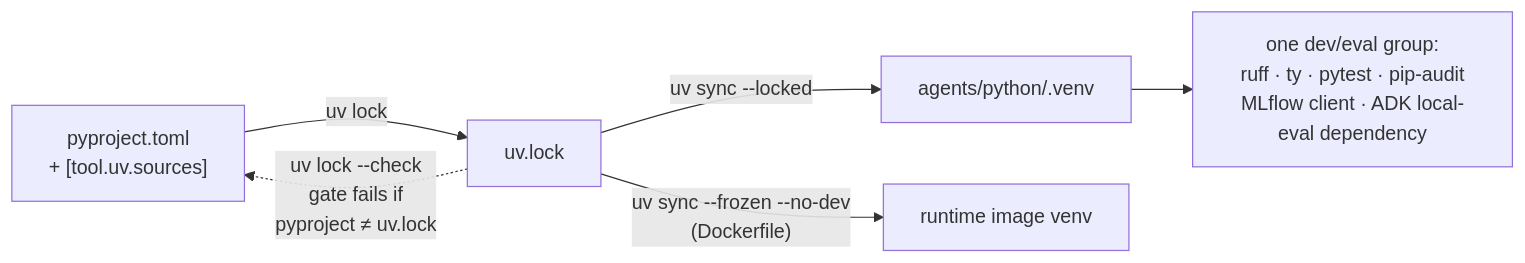
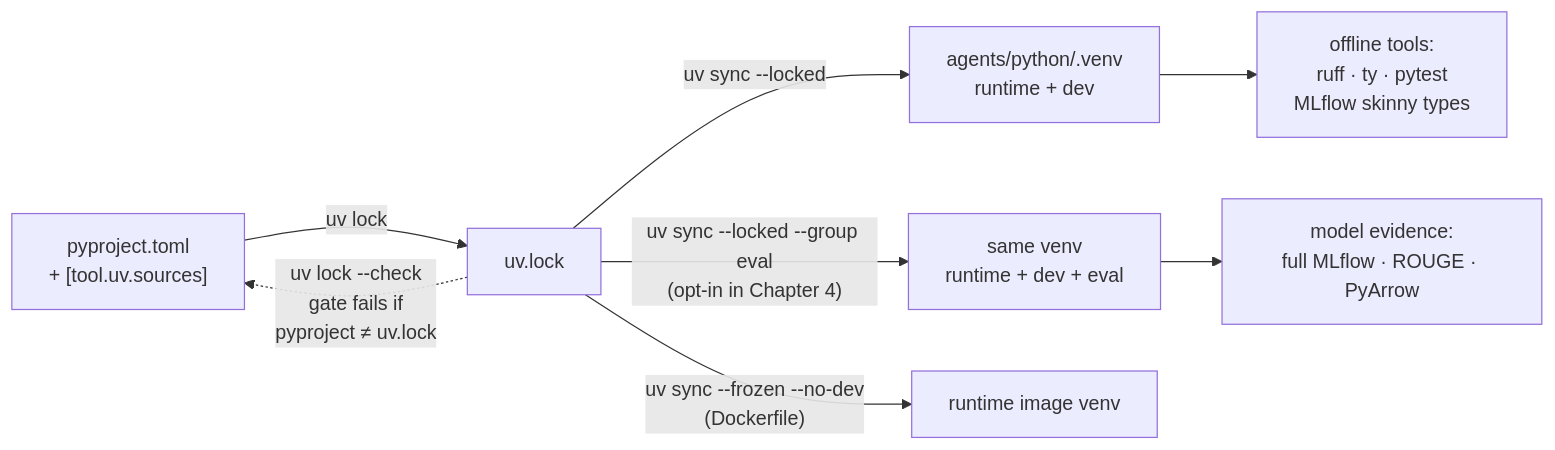
The first of 2 diagrams in docs/1. Setup/1.1. Python.md (LuiGGi629/agentops-open-course), drawn with Mermaid before and after one commit. The commit also changed other lines of this file and 160 other files, not shown here.

````diff
--- a/docs/1. Setup/1.1. Python.md
+++ b/docs/1. Setup/1.1. Python.md
@@ -49,8 +49,10 @@
 ```mermaid
 flowchart LR
     PP["pyproject.toml<br/>+ [tool.uv.sources]"] -->|uv lock| LOCK[uv.lock]
-    LOCK -->|"uv sync --locked"| VENV["agents/python/.venv"]
+    LOCK -->|"uv sync --locked"| VENV["agents/python/.venv<br/>runtime + dev"]
+    LOCK -->|"uv sync --locked --group eval<br/>(opt-in in Chapter 4)"| EVAL["same venv<br/>runtime + dev + eval"]
     LOCK -->|"uv sync --frozen --no-dev<br/>(Dockerfile)"| IMG[runtime image venv]
-    VENV --> DEV["one dev/eval group:<br/>ruff · ty · pytest · pip-audit<br/>MLflow client · ADK local-eval dependency"]
+    VENV --> DEV["offline tools:<br/>ruff · ty · pytest<br/>MLflow skinny types"]
+    EVAL --> FULL["model evidence:<br/>full MLflow · ROUGE · PyArrow"]
     LOCK -. "uv lock --check<br/>gate fails if<br/>pyproject ≠ uv.lock" .-> PP
 ```
````
